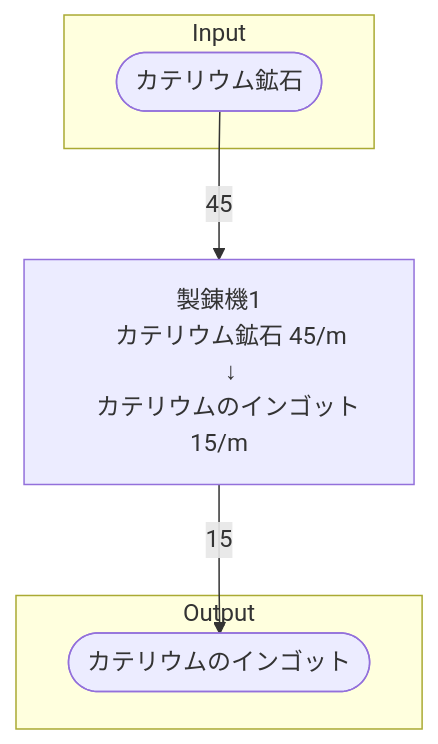
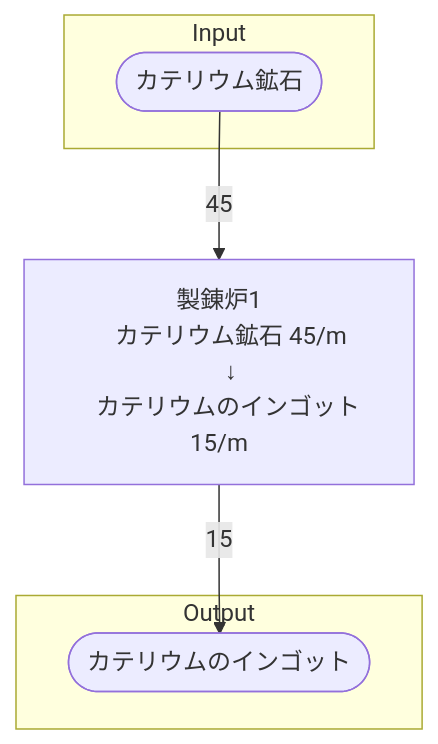
Before and after one commit to Suzuran-Amano/SatisfactoryTaskEfficiency: the diagram in 40_FactoryBuilding/初期一時カテリウム工場/40_個別製造ライン設計書/個別製造ライン設計書_カテリウムのインゴット製造ライン.md, drawn with Mermaid. The commit also changed other lines of this file and 288 other files, not shown here.

````diff
--- a/40_FactoryBuilding/初期一時カテリウム工場/40_個別製造ライン設計書/個別製造ライン設計書_カテリウムのインゴット製造ライン.md
+++ b/40_FactoryBuilding/初期一時カテリウム工場/40_個別製造ライン設計書/個別製造ライン設計書_カテリウムのインゴット製造ライン.md
@@ -18,21 +20,21 @@
 ```mermaid
 flowchart TD
 
 subgraph Input
     カテリウム鉱石([カテリウム鉱石])
 end
 
-製錬機1[
-    製錬機1
+製錬炉1[
+    製錬炉1
     カテリウム鉱石 45/m
     ↓
     カテリウムのインゴット 15/m
 ]
 
 subgraph Output
     カテリウムのインゴット([カテリウムのインゴット])
 end
 
-カテリウム鉱石-->|45|製錬機1
-製錬機1-->|15|カテリウムのインゴット
+カテリウム鉱石-->|45|製錬炉1
+製錬炉1-->|15|カテリウムのインゴット
 ```
````
